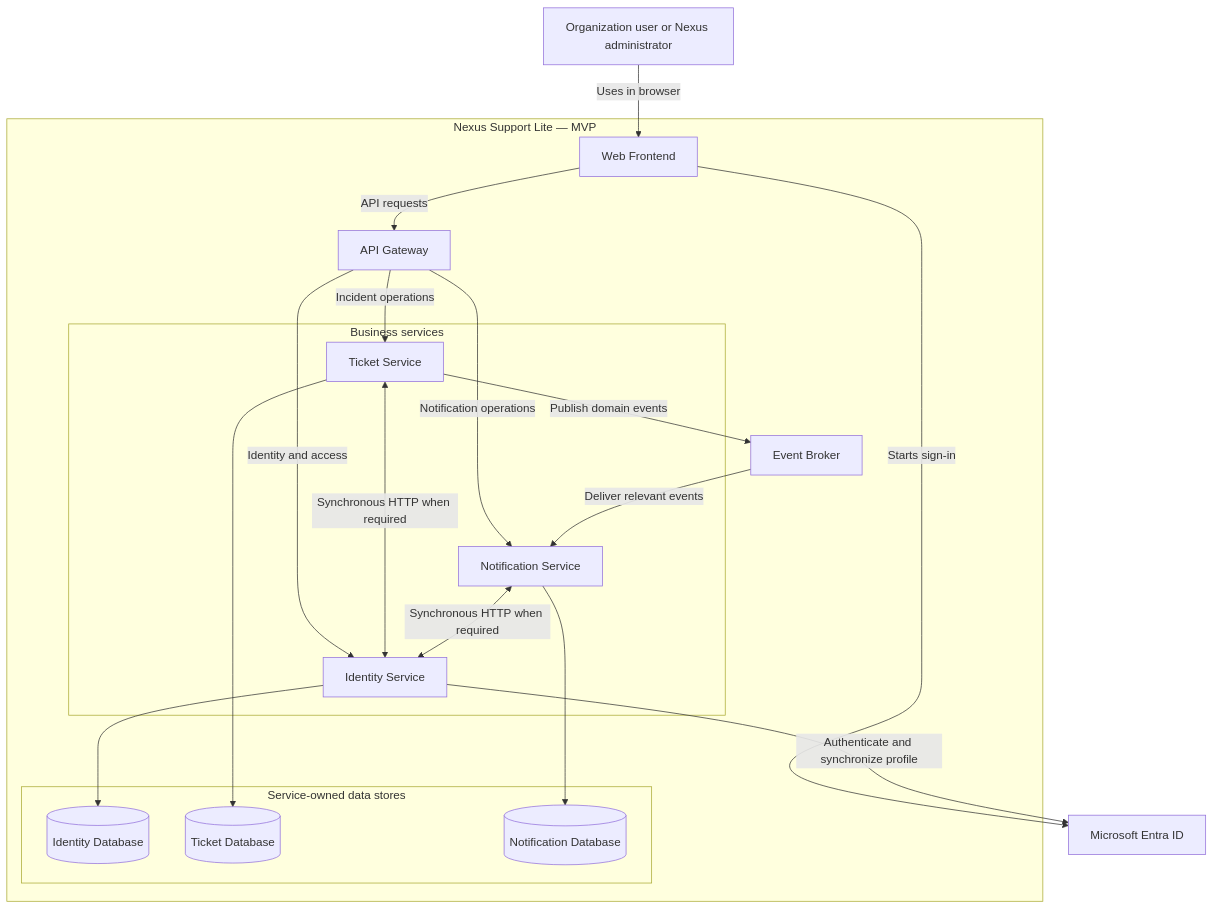
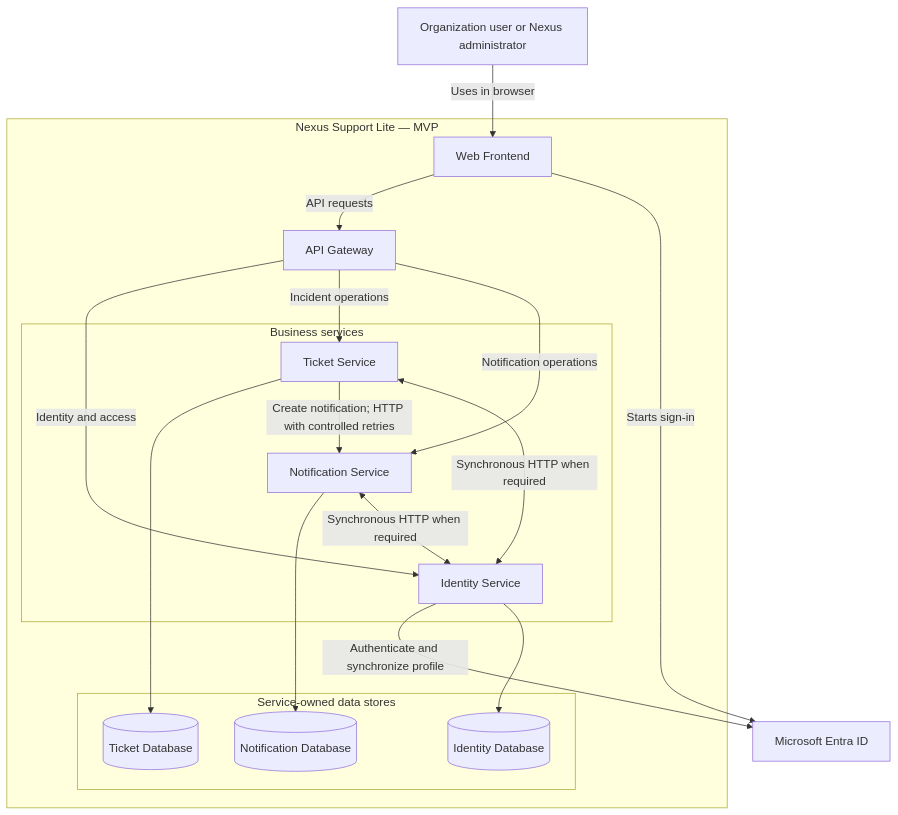
One commit to LuisiitoDev/nexus-ai-support-lite changed the diagram in docs/CONTAINER_DIAGRAM.md. Above: the diagram before and after it, drawn with Mermaid. The commit also changed other lines of this file and 3 other files, not shown here.

````diff
--- a/docs/CONTAINER_DIAGRAM.md
+++ b/docs/CONTAINER_DIAGRAM.md
@@ -46,41 +45,38 @@
 ```mermaid
 flowchart TB
     User["Organization user or Nexus administrator"]
     Frontend["Web Frontend"]
     Gateway["API Gateway"]
     Entra["Microsoft Entra ID"]
 
     subgraph Nexus["Nexus Support Lite — MVP"]
         Frontend
         Gateway
 
         subgraph Services["Business services"]
             Identity["Identity Service"]
             Tickets["Ticket Service"]
             Notifications["Notification Service"]
         end
-
-        Broker["Event Broker"]
 
         subgraph Data["Service-owned data stores"]
             IdentityDB[("Identity Database")]
             TicketDB[("Ticket Database")]
             NotificationDB[("Notification Database")]
         end
     end
 
     User -->|"Uses in browser"| Frontend
     Frontend -->|"API requests"| Gateway
     Frontend -->|"Starts sign-in"| Entra
     Gateway -->|"Identity and access"| Identity
     Gateway -->|"Incident operations"| Tickets
     Gateway -->|"Notification operations"| Notifications
     Identity -->|"Authenticate and synchronize profile"| Entra
     Identity --> IdentityDB
     Tickets --> TicketDB
     Notifications --> NotificationDB
-    Tickets -->|"Publish domain events"| Broker
-    Broker -->|"Deliver relevant events"| Notifications
+    Tickets -->|"Create notification; HTTP with controlled retries"| Notifications
     Tickets <-->|"Synchronous HTTP when required"| Identity
     Notifications <-->|"Synchronous HTTP when required"| Identity
 ```
````
